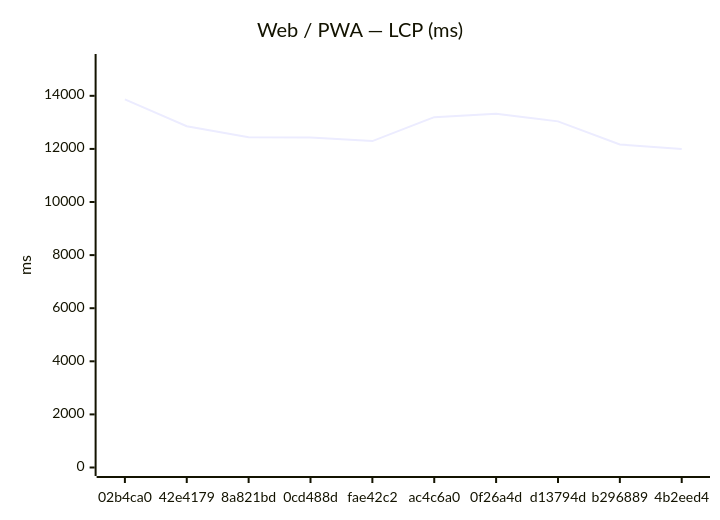
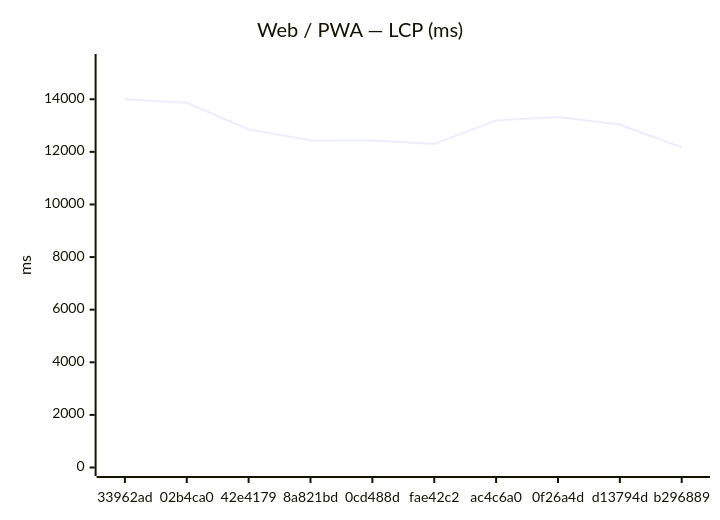
Before and after one commit to Metaheurist/Rianell: the first of 18 diagrams in benchmarks/compare.md, drawn with Mermaid. The commit also changed other lines of this file and 11 other files, not shown here.

````diff
--- a/benchmarks/compare.md
+++ b/benchmarks/compare.md
@@ -24,7 +24,7 @@
 ```mermaid
 xychart-beta
     title "Web / PWA — LCP (ms)"
-    x-axis ["02b4ca0", "42e4179", "8a821bd", "0cd488d", "fae42c2", "ac4c6a0", "0f26a4d", "d13794d", "b296889", "4b2eed4"]
-    y-axis "ms" 0 --> 15255
-    line [13868, 12854, 12437, 12430, 12295, 13197, 13323, 13038, 12168, 11999]
+    x-axis ["33962ad", "02b4ca0", "42e4179", "8a821bd", "0cd488d", "fae42c2", "ac4c6a0", "0f26a4d", "d13794d", "b296889"]
+    y-axis "ms" 0 --> 15397
+    line [13997, 13868, 12854, 12437, 12430, 12295, 13197, 13323, 13038, 12168]
 ```
````
